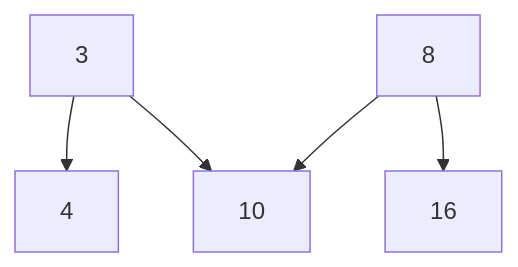
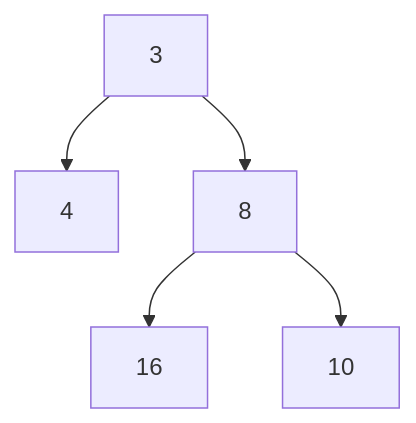
One commit to jsalv/pqueue changed the third of 6 diagrams in README.md. Above: the diagram before and after it, drawn with Mermaid. The commit also changed other lines of this file, not shown here.

Commit message:
fixing graph

````diff
--- a/README.md
+++ b/README.md
@@ -102,8 +102,8 @@
 ```mermaid
 graph TD;
 
-3 --> 10;
+3 --> 8;
 3 --> 4;
 8 --> 16;
 8 --> 10;
 ```
````
